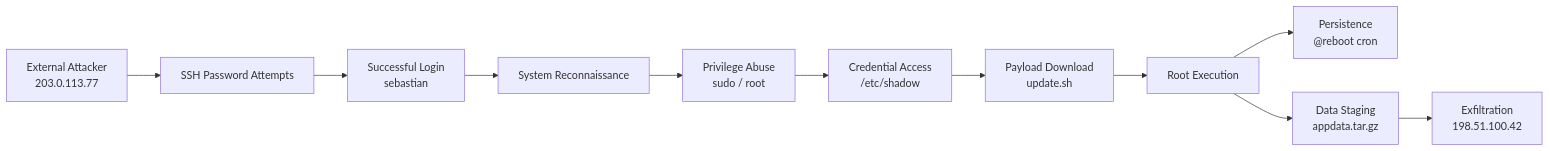
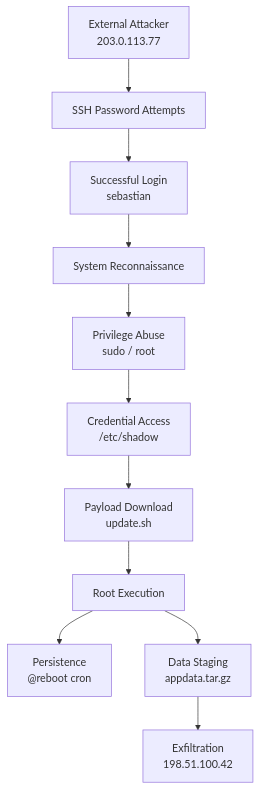
Before and after one commit to SebastianLucaciu/security-portfolio: the diagram in security-log-analysis/README.md, drawn with Mermaid. The commit also changed 1 other file, not shown here.

Commit message:
Improve attack flow diagram layout

````diff
--- a/security-log-analysis/README.md
+++ b/security-log-analysis/README.md
@@ -64,25 +64,25 @@
 ```mermaid
-flowchart LR
+flowchart TD
     A[External Attacker<br>203.0.113.77]
     B[SSH Password Attempts]
     C[Successful Login<br>sebastian]
     D[System Reconnaissance]
     E[Privilege Abuse<br>sudo / root]
     F[Credential Access<br>/etc/shadow]
     G[Payload Download<br>update.sh]
     H[Root Execution]
     I["Persistence<br/>@reboot cron"]
     J[Data Staging<br>appdata.tar.gz]
     K[Exfiltration<br>198.51.100.42]
 
     A --> B
     B --> C
     C --> D
     D --> E
     E --> F
     F --> G
     G --> H
     H --> I
     H --> J
     J --> K
 ```
````
